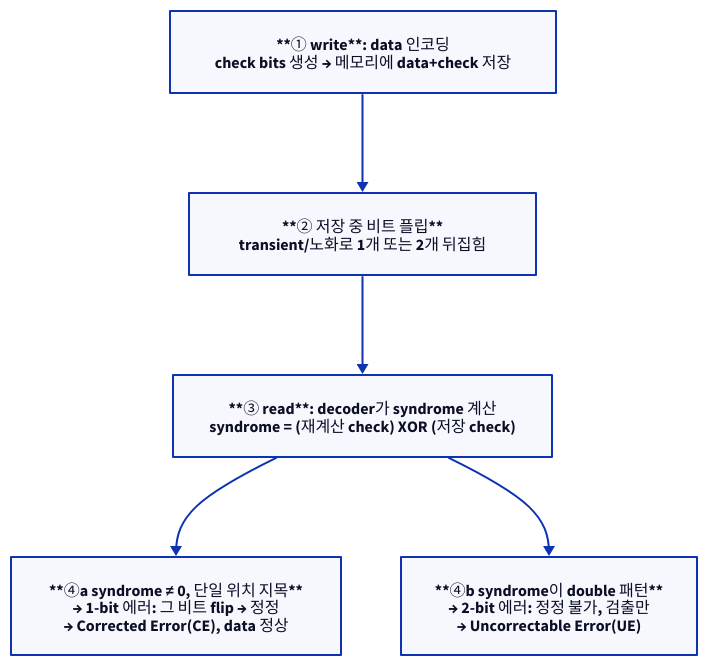
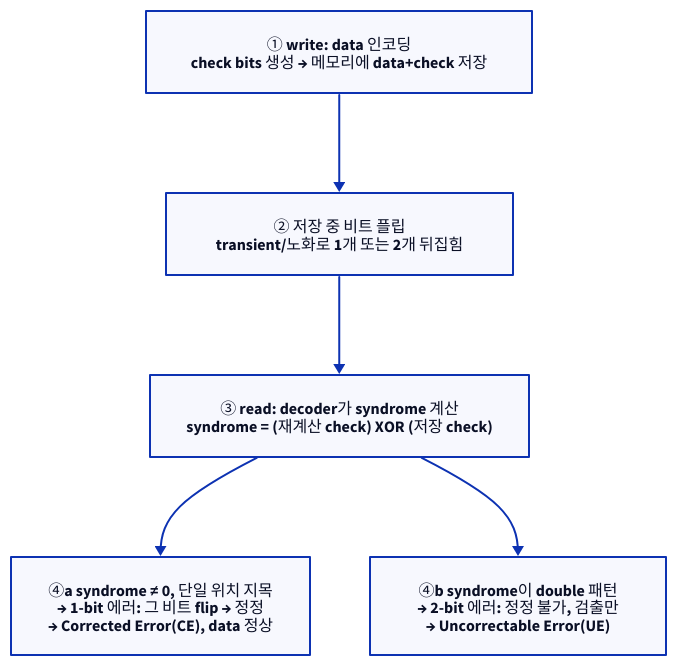
The second of 3 diagrams in starlight_site/src/content/docs/ras/02_ecc_parity_poison.md (humbleowl39/DV_SKOOL), drawn with D2 before and after one commit. The commit also changed other lines of this file and 714 other files, not shown here.

First line of the commit message:
fix(site): d2 다이어그램 가독성 결함 6종 일괄 수정

````diff
--- a/starlight_site/src/content/docs/ras/02_ecc_parity_poison.md
+++ b/starlight_site/src/content/docs/ras/02_ecc_parity_poison.md
@@ -82,12 +82,12 @@
 ```d2
 direction: down
 
-S0: "**① write**: data 인코딩\ncheck bits 생성 → 메모리에 data+check 저장"
-S1: "**② 저장 중 비트 플립**\ntransient/노화로 1개 또는 2개 뒤집힘"
-S2: "**③ read**: decoder가 syndrome 계산\nsyndrome = (재계산 check) XOR (저장 check)"
-S3a: "**④a syndrome ≠ 0, 단일 위치 지목**\n→ 1-bit 에러: 그 비트 flip → 정정\n→ Corrected Error(CE), data 정상"
-S3b: "**④b syndrome이 double 패턴**\n→ 2-bit 에러: 정정 불가, 검출만\n→ Uncorrectable Error(UE)"
+S0: "① write: data 인코딩\ncheck bits 생성 → 메모리에 data+check 저장"
+S1: "② 저장 중 비트 플립\ntransient/노화로 1개 또는 2개 뒤집힘"
+S2: "③ read: decoder가 syndrome 계산\nsyndrome = (재계산 check) XOR (저장 check)"
+S3a: "④a syndrome ≠ 0, 단일 위치 지목\n→ 1-bit 에러: 그 비트 flip → 정정\n→ Corrected Error(CE), data 정상"
+S3b: "④b syndrome이 double 패턴\n→ 2-bit 에러: 정정 불가, 검출만\n→ Uncorrectable Error(UE)"
 S0 -> S1 -> S2
 S2 -> S3a
 S2 -> S3b
 ```
````
